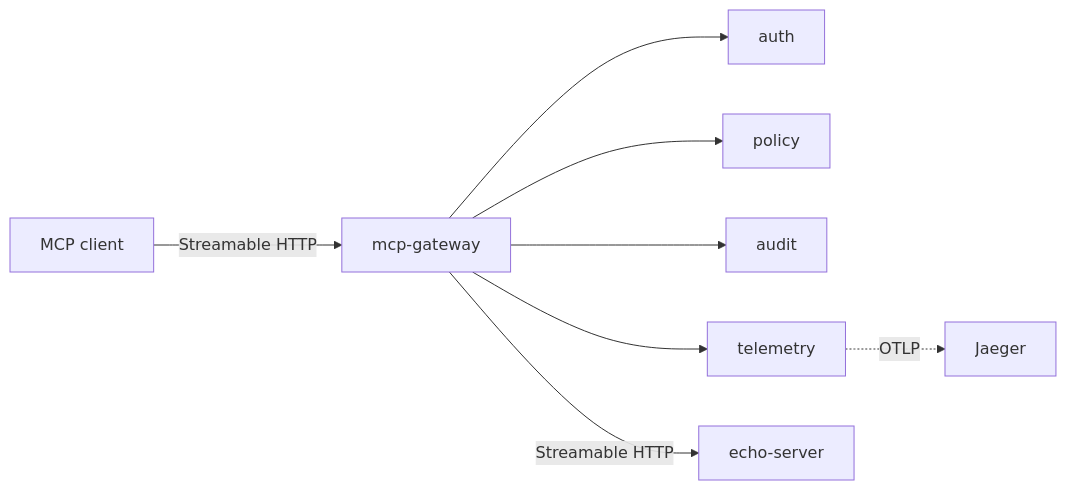
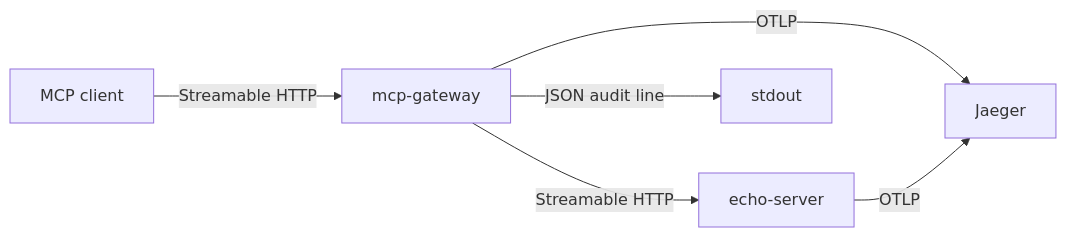
Before and after one commit to EliseuSantos/mcp-gateway: the diagram in README.md, drawn with Mermaid. The commit also changed other lines of this file and 8 other files, not shown here.

````diff
--- a/README.md
+++ b/README.md
@@ -16,19 +16,14 @@
 ```mermaid
 flowchart LR
   client[MCP client]
   gateway[mcp-gateway]
-  auth[auth]
-  policy[policy]
-  audit[audit]
-  traces[telemetry]
   echo[echo-server]
   jaeger[Jaeger]
+  stdout[stdout]
 
   client -->|Streamable HTTP| gateway
-  gateway --> auth
-  gateway --> policy
-  gateway --> audit
-  gateway --> traces
   gateway -->|Streamable HTTP| echo
-  traces -.->|OTLP| jaeger
+  gateway -->|JSON audit line| stdout
+  gateway -->|OTLP| jaeger
+  echo -->|OTLP| jaeger
 ```
````
